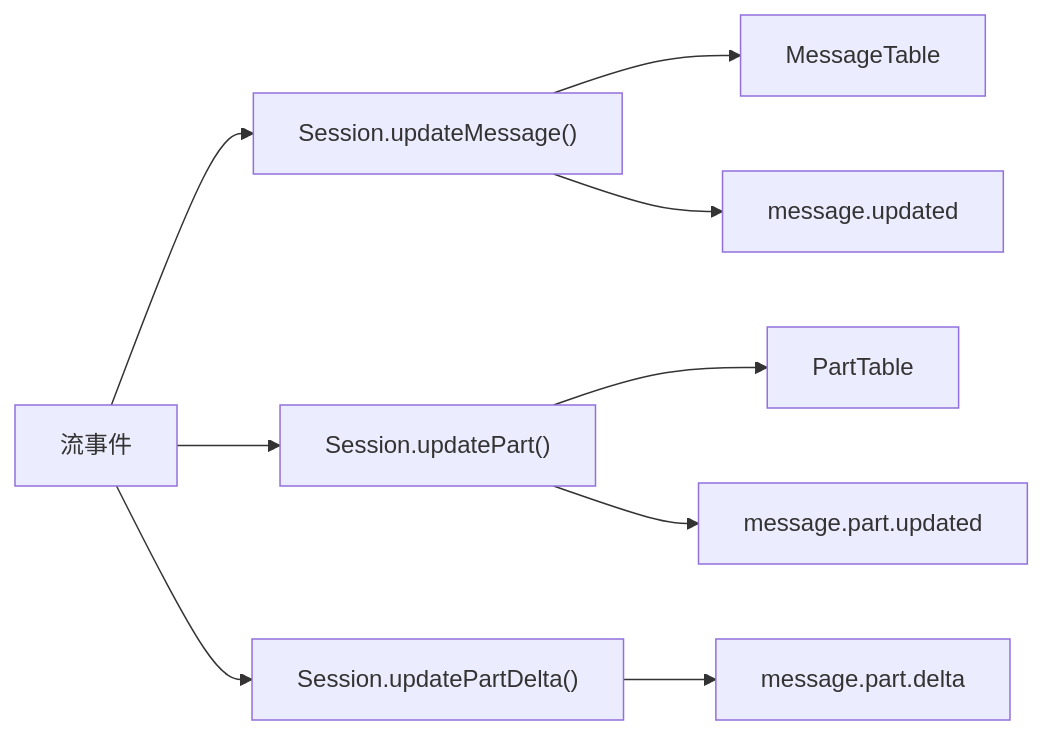
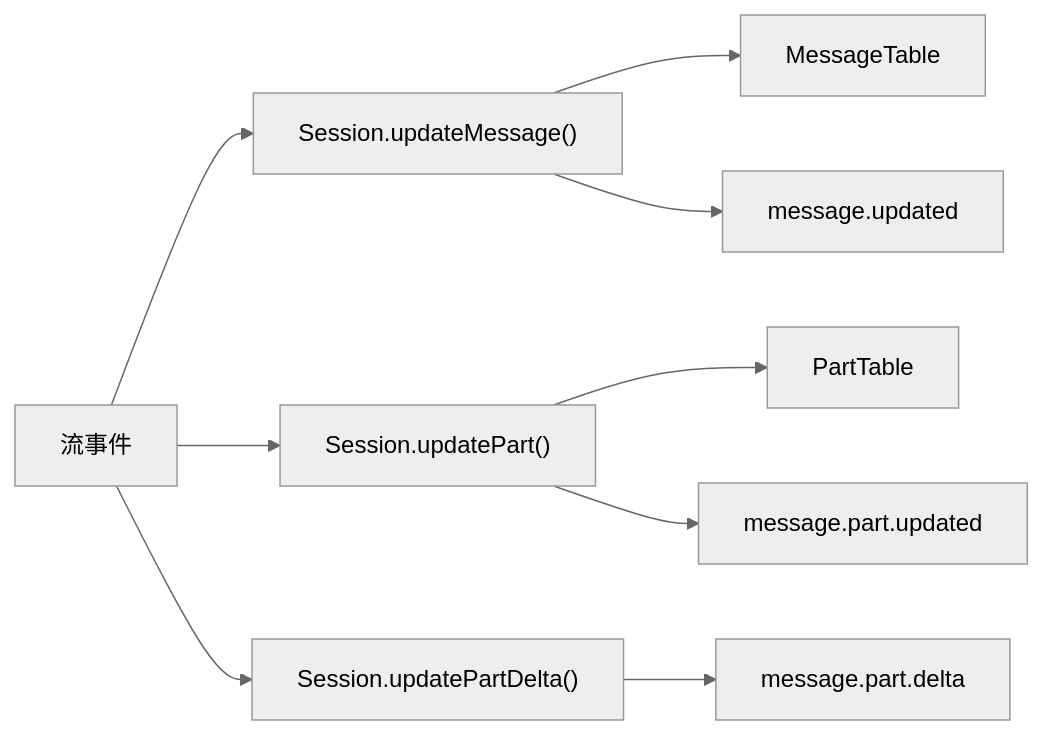
One commit to feuyeux/hello-olleh changed the first of 4 diagrams in hello-opencode/04-state-session-memory.md. Above: the diagram before and after it, drawn with Mermaid. The commit also changed other lines of this file and 5 other files, not shown here.

````diff
--- a/hello-opencode/04-state-session-memory.md
+++ b/hello-opencode/04-state-session-memory.md
@@ -363,21 +374,22 @@
 ```mermaid
+%%{init: {'theme': 'neutral'}}%%
 flowchart LR
     Event["流事件"]
     Msg["Session.updateMessage()"]
     Part["Session.updatePart()"]
     Delta["Session.updatePartDelta()"]
     MsgTable["MessageTable"]
     PartTable["PartTable"]
     BusMsg["message.updated"]
     BusPart["message.part.updated"]
     BusDelta["message.part.delta"]
 
     Event --> Msg
     Event --> Part
     Event --> Delta
     Msg --> MsgTable
     Msg --> BusMsg
     Part --> PartTable
     Part --> BusPart
     Delta --> BusDelta
 ```
````
